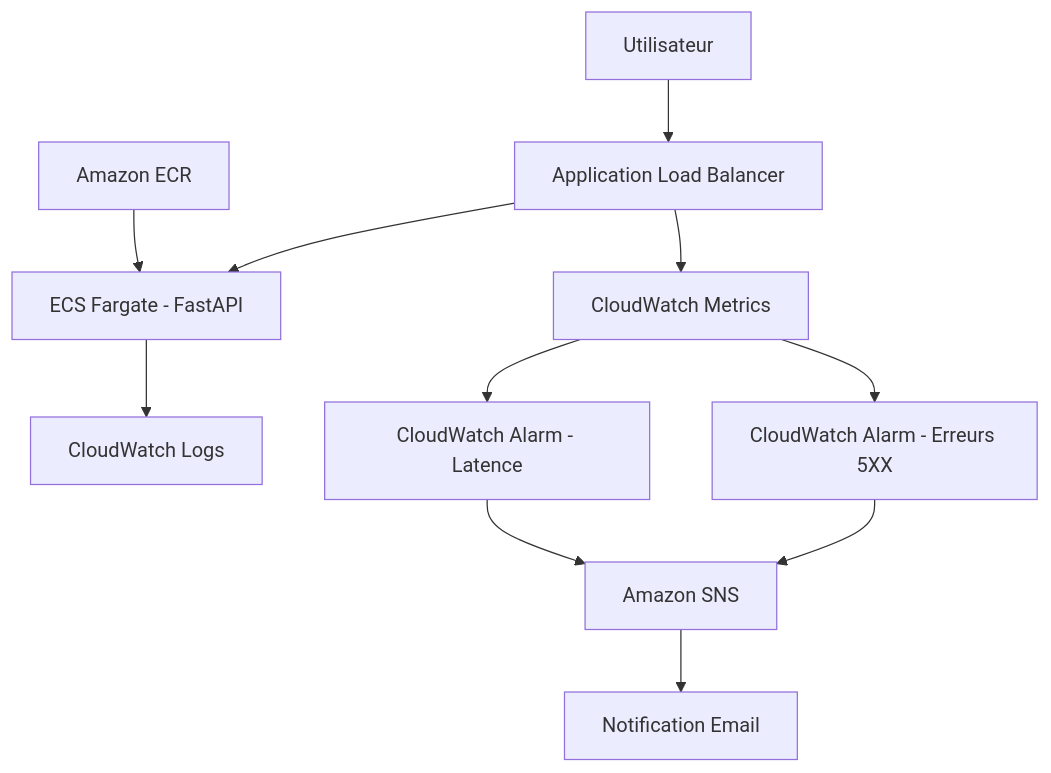
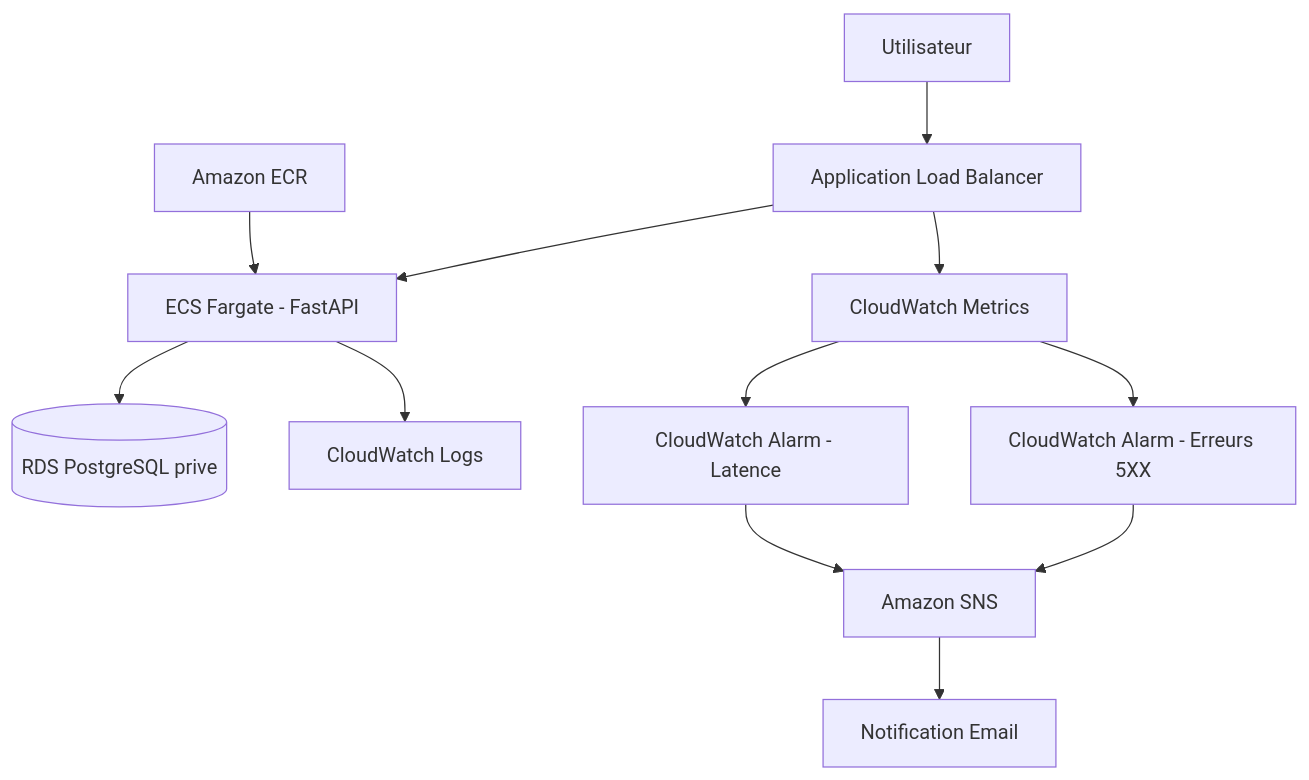
The diagram in README.md (labosnie/Cloud-Incident-Projet), drawn with Mermaid before and after one commit. The commit also changed other lines of this file and 5 other files, not shown here.

Commit message:
docs: mettre à jour README pour RDS PostgreSQL privé validé

````diff
--- a/README.md
+++ b/README.md
@@ -63,23 +64,25 @@
 ```mermaid
 flowchart TD
 
 User[Utilisateur] --> ALB[Application Load Balancer]
 
 ALB --> ECS[ECS Fargate - FastAPI]
 
 ECR[Amazon ECR] --> ECS
+
+ECS --> RDS[(RDS PostgreSQL prive)]
 
 ECS --> CWLogs[CloudWatch Logs]
 
 ALB --> Metrics[CloudWatch Metrics]
 
 Metrics --> Alarm5XX[CloudWatch Alarm - Erreurs 5XX]
 
 Metrics --> AlarmLatency[CloudWatch Alarm - Latence]
 
 Alarm5XX --> SNS[Amazon SNS]
 
 AlarmLatency --> SNS
 
 SNS --> Email[Notification Email]
 ```
````
